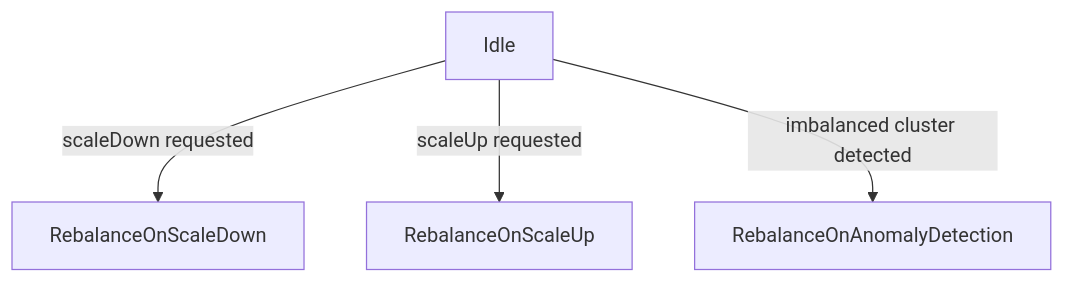
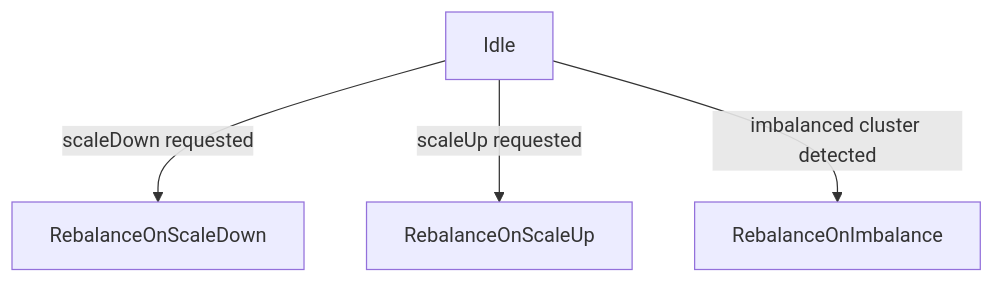
One commit to strimzi/proposals changed the first of 6 diagrams in 106-auto-rebalance-on-imbalanced-clusters.md. Above: the diagram before and after it, drawn with Mermaid. The commit also changed other lines of this file, not shown here.

````diff
--- a/106-auto-rebalance-on-imbalanced-clusters.md
+++ b/106-auto-rebalance-on-imbalanced-clusters.md
@@ -316,6 +321,6 @@
 ```mermaid
 flowchart TB
   A[Idle] --scaleDown requested--> B[RebalanceOnScaleDown]
   A[Idle] --scaleUp requested --> C[RebalanceOnScaleUp] 
-  A[Idle] --imbalanced cluster detected --> D[RebalanceOnAnomalyDetection]
+  A[Idle] --imbalanced cluster detected --> D[RebalanceOnImbalance]
 ```
````
